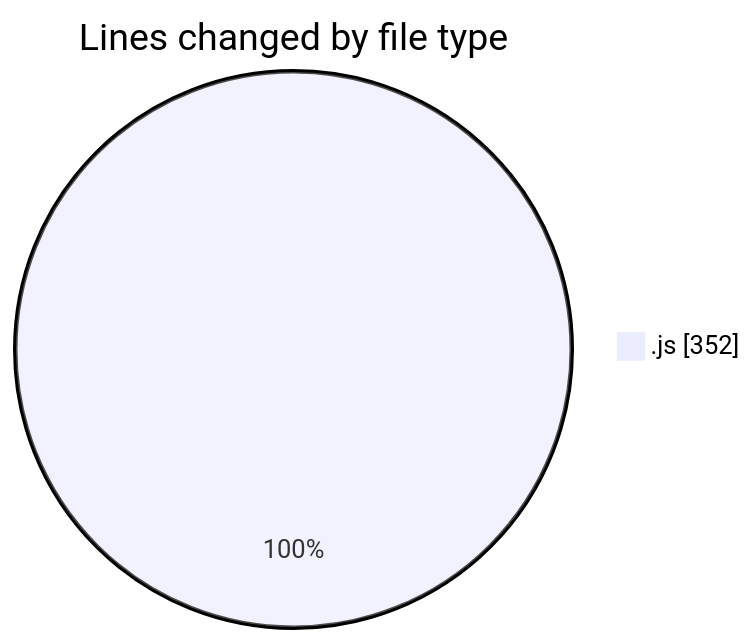
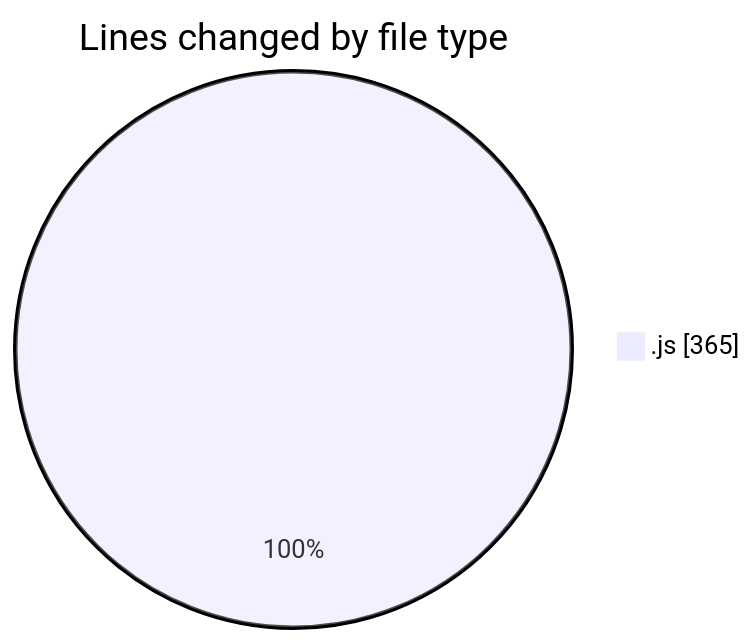
Before and after one commit to momahboobian/code-tracking: the first of 2 diagrams in 2026-02-02/cda/README.md, drawn with Mermaid. The commit also changed other lines of this file and 1 other file, not shown here.

````diff
--- a/2026-02-02/cda/README.md
+++ b/2026-02-02/cda/README.md
@@ -22,5 +22,5 @@
 ```mermaid
 pie showData
 title Lines changed by file type
-".js" : 352
+".js" : 365
 ```
````
